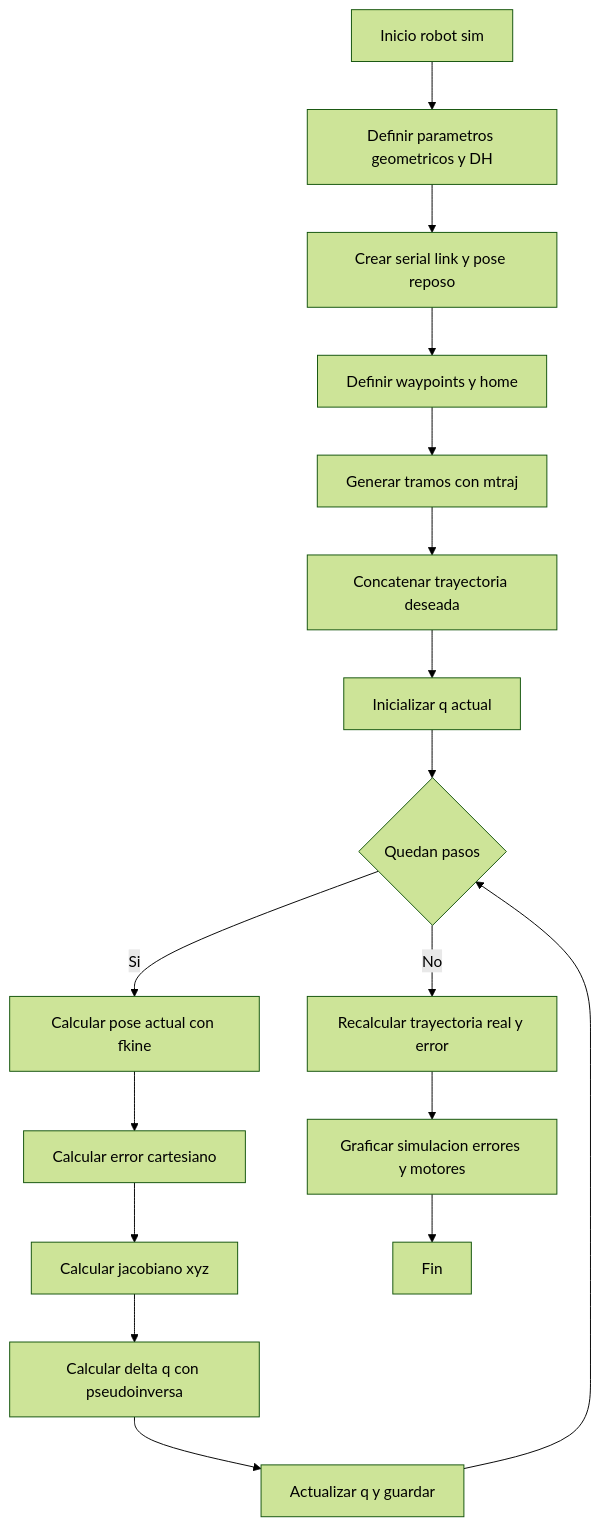
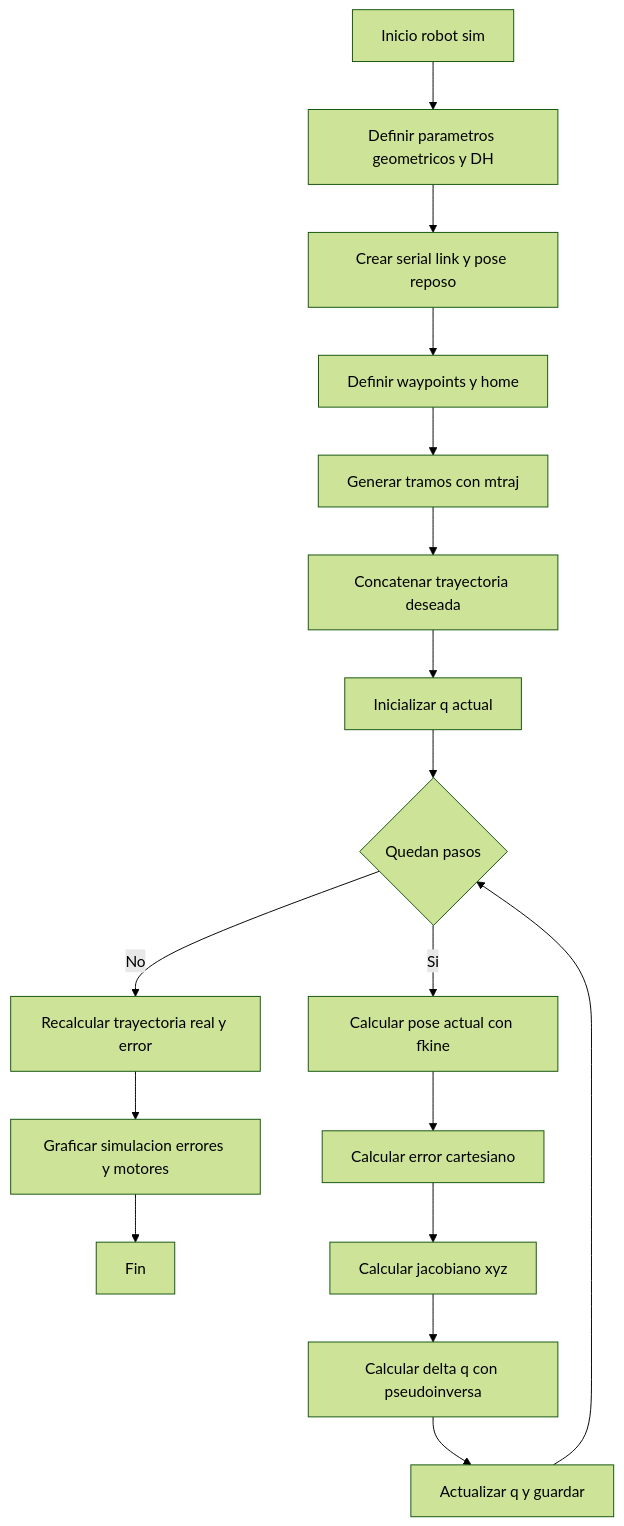
The third of 3 diagrams in README.md (omsmarian/22.90-TPF-AI), drawn with Mermaid (forest theme) before and after one commit.

Commit message:
Reorganize flowchart steps in README

````diff
--- a/README.md
+++ b/README.md
@@ -211,19 +211,20 @@
 ```mermaid
 flowchart TD
   R0[Inicio robot sim] --> R1[Definir parametros geometricos y DH]
   R1 --> R2[Crear serial link y pose reposo]
   R2 --> R3[Definir waypoints y home]
   R3 --> R4[Generar tramos con mtraj]
   R4 --> R5[Concatenar trayectoria deseada]
   R5 --> R6[Inicializar q actual]
   R6 --> R7{Quedan pasos}
-  R7 -- Si --> R8[Calcular pose actual con fkine]
-  R8 --> R9[Calcular error cartesiano]
-  R9 --> R10[Calcular jacobiano xyz]
-  R10 --> R11[Calcular delta q con pseudoinversa]
-  R11 --> R12[Actualizar q y guardar]
-  R12 --> R7
-  R7 -- No --> R13[Recalcular trayectoria real y error]
-  R13 --> R14[Graficar simulacion errores y motores]
-  R14 --> R15[Fin]
+  R7 -- No --> R8[Recalcular trayectoria real y error]
+  R8 --> R9[Graficar simulacion errores y motores]
+  R9 --> R10[Fin]
+  R7 -- Si --> R11[Calcular pose actual con fkine]
+  R11 --> R12[Calcular error cartesiano]
+  R12 --> R13[Calcular jacobiano xyz]
+  R13 --> R14[Calcular delta q con pseudoinversa]
+  R14 --> R15[Actualizar q y guardar]
+  R15 --> R7
+  
 ```
````
